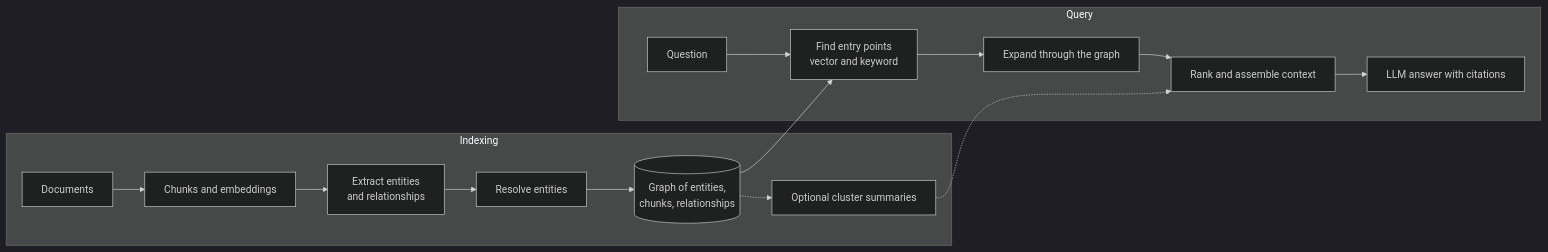
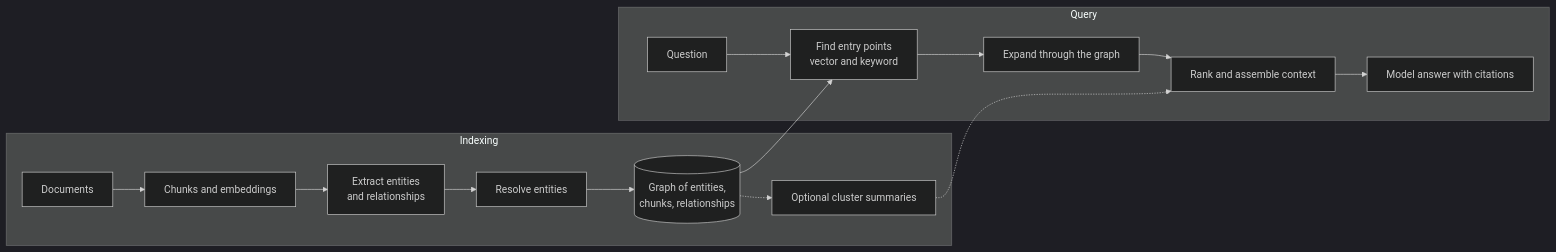
Before and after one commit to Mu-L/helix-db: the diagram in docs/learn/ai-memory/what-is-graphrag.mdx, drawn with Mermaid (dark theme). The commit also changed other lines of this file and 21 other files, not shown here.

````diff
--- a/docs/learn/ai-memory/what-is-graphrag.mdx
+++ b/docs/learn/ai-memory/what-is-graphrag.mdx
@@ -72,18 +87,18 @@
 ```mermaid
 flowchart LR
     subgraph indexing["Indexing"]
         docs["Documents"] --> chunks["Chunks and embeddings"]
         chunks --> extract["Extract entities<br/>and relationships"]
         extract --> resolve["Resolve entities"]
         resolve --> kg[("Graph of entities,<br/>chunks, relationships")]
         kg -.-> summaries["Optional cluster summaries"]
     end
     subgraph querying["Query"]
         question["Question"] --> entry["Find entry points<br/>vector and keyword"]
         entry --> expand["Expand through the graph"]
         expand --> rank["Rank and assemble context"]
-        rank --> answer["LLM answer with citations"]
+        rank --> answer["Model answer with citations"]
     end
     kg --> entry
     summaries -.-> rank
 ```
````
